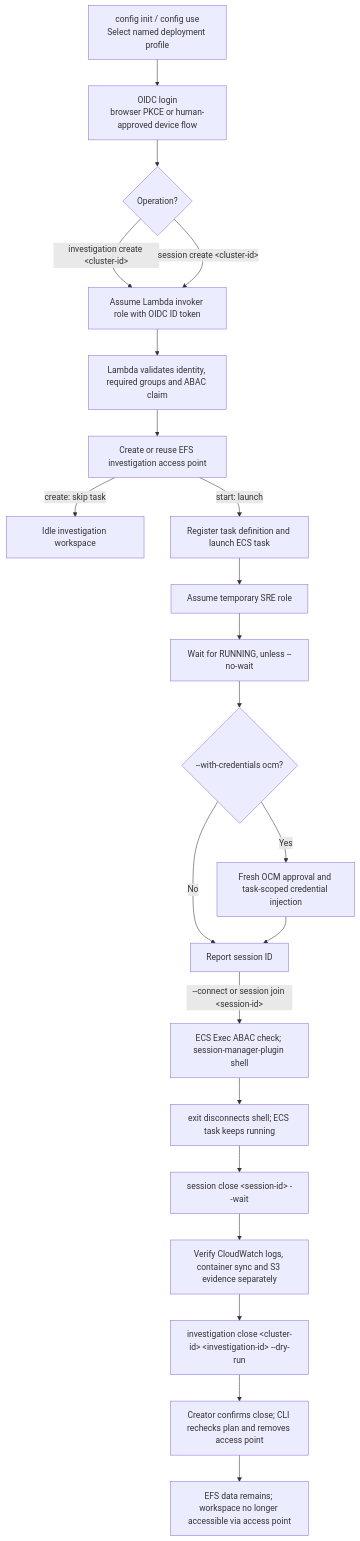
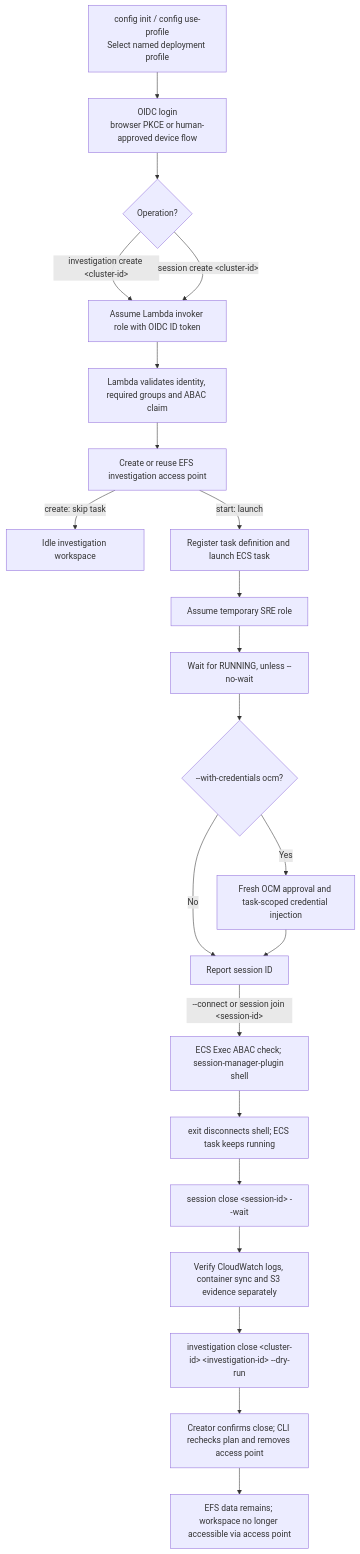
Before and after one commit to openshift-online/rosa-boundary: the diagram in docs/workflows.md, drawn with Mermaid. The commit also changed other lines of this file and 10 other files, not shown here.

Commit message:
Rename config profile CLI verbs and confirm saved selection

````diff
--- a/docs/workflows.md
+++ b/docs/workflows.md
@@ -5,24 +5,24 @@
 ```mermaid
 flowchart TD
-    PROFILE["config init / config use<br/>Select named deployment profile"] --> AUTH["OIDC login<br/>browser PKCE or human-approved device flow"]
+    PROFILE["config init / config use-profile<br/>Select named deployment profile"] --> AUTH["OIDC login<br/>browser PKCE or human-approved device flow"]
     AUTH --> CREATE{"Operation?"}
     CREATE -->|"investigation create &lt;cluster-id&gt;"| INVOKER["Assume Lambda invoker role with OIDC ID token"]
     CREATE -->|"session create &lt;cluster-id&gt;"| INVOKER
     INVOKER --> LAMBDA["Lambda validates identity, required groups and ABAC claim"]
     LAMBDA --> EFS["Create or reuse EFS investigation access point"]
     EFS -->|"create: skip task"| IDLE["Idle investigation workspace"]
     EFS -->|"start: launch"| TASK["Register task definition and launch ECS task"]
     TASK --> SRE["Assume temporary SRE role"]
     SRE --> WAIT["Wait for RUNNING, unless --no-wait"]
     WAIT --> CRED{"--with-credentials ocm?"}
     CRED -->|Yes| OCM["Fresh OCM approval and task-scoped credential injection"]
     CRED -->|No| READY["Report session ID"]
     OCM --> READY
     READY -->|"--connect or session join &lt;session-id&gt;"| EXEC["ECS Exec ABAC check; session-manager-plugin shell"]
     EXEC --> EXIT["exit disconnects shell; ECS task keeps running"]
     EXIT --> STOP["session close &lt;session-id&gt; --wait"]
     STOP --> AUDIT["Verify CloudWatch logs, container sync and S3 evidence separately"]
     AUDIT --> PLAN["investigation close &lt;cluster-id&gt; &lt;investigation-id&gt; --dry-run"]
     PLAN --> CLOSE["Creator confirms close; CLI rechecks plan and removes access point"]
     CLOSE --> IDLEDONE["EFS data remains; workspace no longer accessible via access point"]
 ```
````
